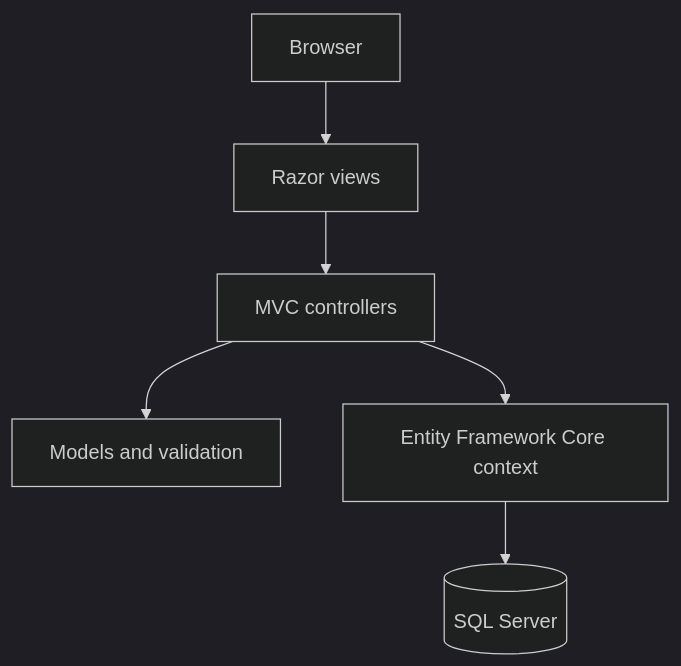
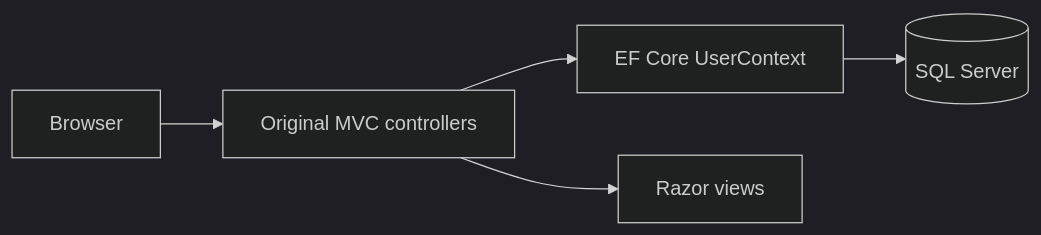
The second of 2 diagrams in docs/ARCHITECTURE.md (azaanmalik/TaskNest-MVC), drawn with Mermaid (dark theme) before and after one commit. The commit also changed other lines of this file, not shown here.

Commit message:
docs: document new TaskNest and legacy MVC architectures

````diff
--- a/docs/ARCHITECTURE.md
+++ b/docs/ARCHITECTURE.md
@@ -3,8 +26,7 @@
 ```mermaid
-flowchart TD
-  B[Browser] --> V[Razor views]
-  V --> C[MVC controllers]
-  C --> M[Models and validation]
-  C --> E[Entity Framework Core context]
-  E --> S[(SQL Server)]
+flowchart LR
+  Browser --> MVC[Original MVC controllers]
+  MVC --> EF[EF Core UserContext]
+  EF --> DB[(SQL Server)]
+  MVC --> Razor[Razor views]
 ```
````
